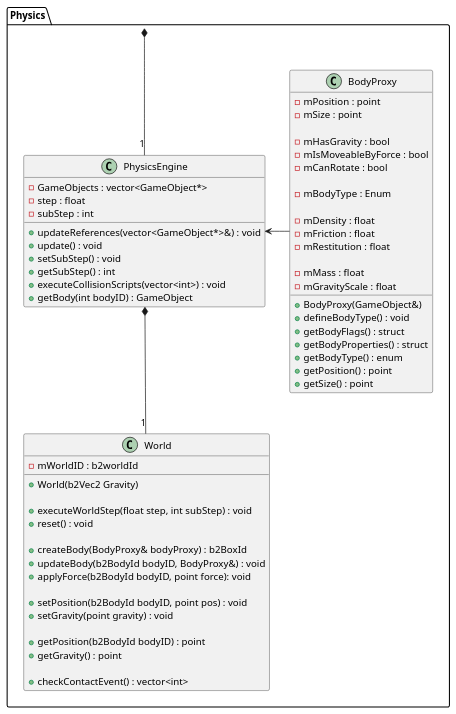
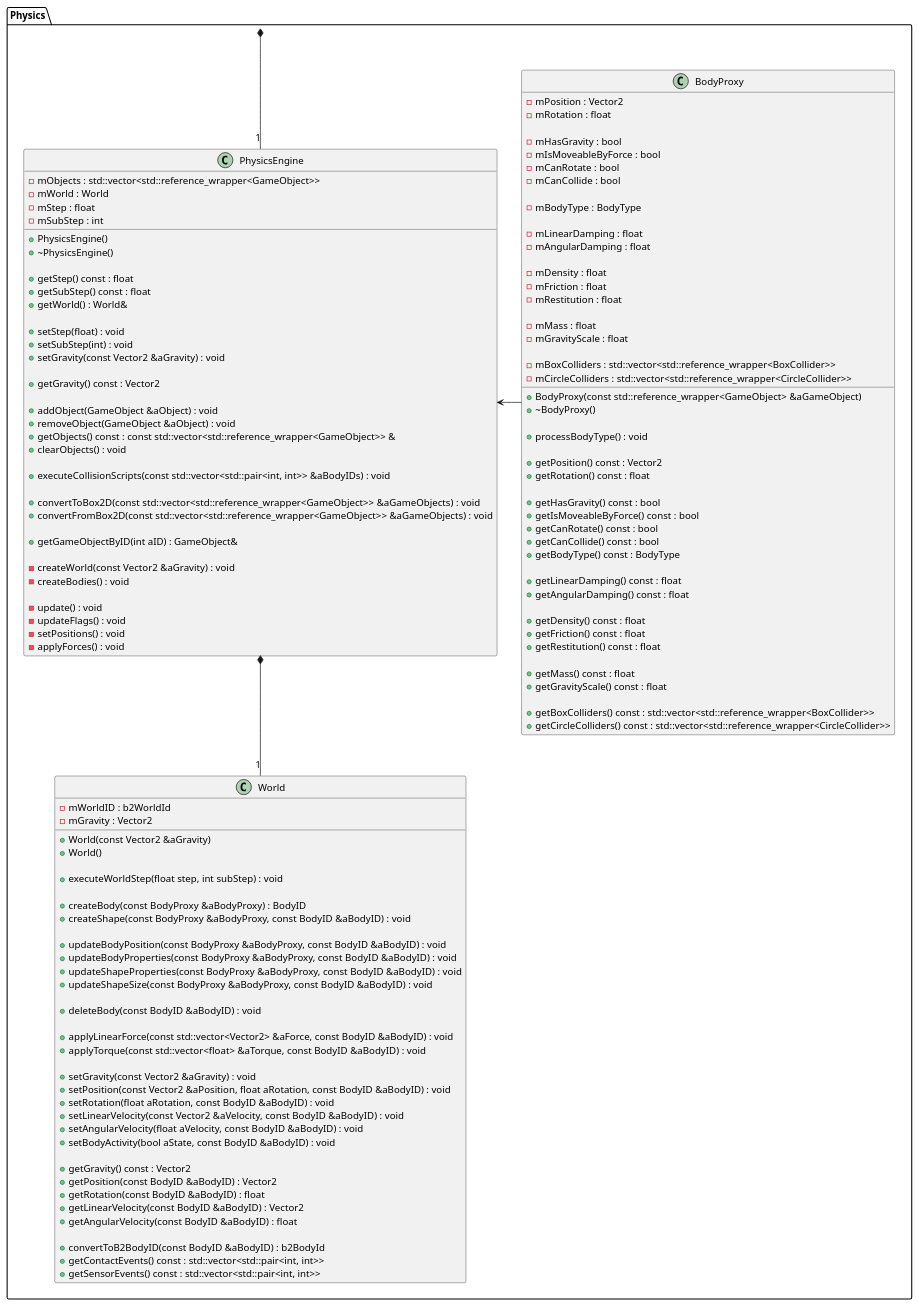
Before and after one commit to Seger01/GameEngine: the diagram in docs/Diagrams/classDiagramPackages/physicsPackage.puml, drawn with PlantUML.

Commit message:
updated physics plantuml

```diff
--- a/docs/Diagrams/classDiagramPackages/physicsPackage.puml
+++ b/docs/Diagrams/classDiagramPackages/physicsPackage.puml
@@ -1,79 +1,148 @@
 @startuml physicsPackageClassDiagram
 
 package Physics{
 class PhysicsEngine {
++ PhysicsEngine()
+    + ~PhysicsEngine()
 
-    + updateReferences(vector<GameObject*>&) : void
-    + update() : void
-    + setSubStep() : void
-    + getSubStep() : int
-    + executeCollisionScripts(vector<int>) : void
-    + getBody(int bodyID) : GameObject
+    + getStep() const : float
+    + getSubStep() const : float
+    + getWorld() : World&
 
-    - GameObjects : vector<GameObject*>
-    - step : float
-    - subStep : int
+    + setStep(float) : void
+    + setSubStep(int) : void
+    + setGravity(const Vector2 &aGravity) : void
+
+    + getGravity() const : Vector2
+
+    + addObject(GameObject &aObject) : void
+    + removeObject(GameObject &aObject) : void
+    + getObjects() const : const std::vector<std::reference_wrapper<GameObject>> &
+    + clearObjects() : void
+
+    + executeCollisionScripts(const std::vector<std::pair<int, int>> &aBodyIDs) : void
+
+    + convertToBox2D(const std::vector<std::reference_wrapper<GameObject>> &aGameObjects) : void
+    + convertFromBox2D(const std::vector<std::reference_wrapper<GameObject>> &aGameObjects) : void
+
+    + getGameObjectByID(int aID) : GameObject&
+
+    - createWorld(const Vector2 &aGravity) : void
+    - createBodies() : void
+
+    - update() : void
+    - updateFlags() : void
+    - setPositions() : void
+    - applyForces() : void
+
+    - mObjects : std::vector<std::reference_wrapper<GameObject>>
+    - mWorld : World
+    - mStep : float
+    - mSubStep : int
 
 }
 
 class BodyProxy {
-    + BodyProxy(GameObject&)
-    + defineBodyType() : void
-    + getBodyFlags() : struct
-    + getBodyProperties() : struct
-    + getBodyType() : enum
-    + getPosition() : point
-    + getSize() : point
+    + BodyProxy(const std::reference_wrapper<GameObject> &aGameObject)
+    + ~BodyProxy()
 
+    + processBodyType() : void
 
-    - mPosition : point
-    - mSize : point
+    + getPosition() const : Vector2
+    + getRotation() const : float
+
+    + getHasGravity() const : bool
+    + getIsMoveableByForce() const : bool
+    + getCanRotate() const : bool
+    + getCanCollide() const : bool
+    + getBodyType() const : BodyType
+
+    + getLinearDamping() const : float
+    + getAngularDamping() const : float
+
+    + getDensity() const : float
+    + getFriction() const : float
+    + getRestitution() const : float
+
+    + getMass() const : float
+    + getGravityScale() const : float
+
+    + getBoxColliders() const : std::vector<std::reference_wrapper<BoxCollider>>
+    + getCircleColliders() const : std::vector<std::reference_wrapper<CircleCollider>>
+
+    - mPosition : Vector2
+    - mRotation : float
 
     - mHasGravity : bool
     - mIsMoveableByForce : bool
     - mCanRotate : bool
+    - mCanCollide : bool
 
-    - mBodyType : Enum 
+    - mBodyType : BodyType
+
+    - mLinearDamping : float
+    - mAngularDamping : float
 
     - mDensity : float
     - mFriction : float
     - mRestitution : float
 
     - mMass : float
     - mGravityScale : float
 
+    - mBoxColliders : std::vector<std::reference_wrapper<BoxCollider>>
+    - mCircleColliders : std::vector<std::reference_wrapper<CircleCollider>>
+
 }
 
 class World {
-
-    + World(b2Vec2 Gravity)
++ World(const Vector2 &aGravity)
+    + World()
 
     + executeWorldStep(float step, int subStep) : void
-    + reset() : void
 
-    + createBody(BodyProxy& bodyProxy) : b2BoxId
-    + updateBody(b2BodyId bodyID, BodyProxy&) : void
-    + applyForce(b2BodyId bodyID, point force): void
+    + createBody(const BodyProxy &aBodyProxy) : BodyID
+    + createShape(const BodyProxy &aBodyProxy, const BodyID &aBodyID) : void
 
-    + setPosition(b2BodyId bodyID, point pos) : void
-    + setGravity(point gravity) : void
+    + updateBodyPosition(const BodyProxy &aBodyProxy, const BodyID &aBodyID) : void
+    + updateBodyProperties(const BodyProxy &aBodyProxy, const BodyID &aBodyID) : void
+    + updateShapeProperties(const BodyProxy &aBodyProxy, const BodyID &aBodyID) : void
+    + updateShapeSize(const BodyProxy &aBodyProxy, const BodyID &aBodyID) : void
 
-    + getPosition(b2BodyId bodyID) : point
-    + getGravity() : point
+    + deleteBody(const BodyID &aBodyID) : void
 
-    + checkContactEvent() : vector<int>
+    + applyLinearForce(const std::vector<Vector2> &aForce, const BodyID &aBodyID) : void
+    + applyTorque(const std::vector<float> &aTorque, const BodyID &aBodyID) : void
 
-    - mWorldID : b2worldId
+    + setGravity(const Vector2 &aGravity) : void
+    + setPosition(const Vector2 &aPosition, float aRotation, const BodyID &aBodyID) : void
+    + setRotation(float aRotation, const BodyID &aBodyID) : void
+    + setLinearVelocity(const Vector2 &aVelocity, const BodyID &aBodyID) : void
+    + setAngularVelocity(float aVelocity, const BodyID &aBodyID) : void
+    + setBodyActivity(bool aState, const BodyID &aBodyID) : void
+
+    + getGravity() const : Vector2
+    + getPosition(const BodyID &aBodyID) : Vector2
+    + getRotation(const BodyID &aBodyID) : float
+    + getLinearVelocity(const BodyID &aBodyID) : Vector2
+    + getAngularVelocity(const BodyID &aBodyID) : float
+
+    + convertToB2BodyID(const BodyID &aBodyID) : b2BodyId
+    + getContactEvents() const : std::vector<std::pair<int, int>>
+    + getSensorEvents() const : std::vector<std::pair<int, int>>
+
+    - mWorldID : b2WorldId
+    - mGravity : Vector2
+
+
+
+
+
+}
 }
 
+Physics *-- "1" PhysicsEngine
 PhysicsEngine *-- "1" World
 BodyProxy -left-> PhysicsEngine
 
-}
-
-Physics *-- "1" PhysicsEngine
-
-' check oncollide events van game objecten
-' collisions uitlezen via contact array
-' maak functie die body id terug kan leiden naar game object
 @enduml
```
